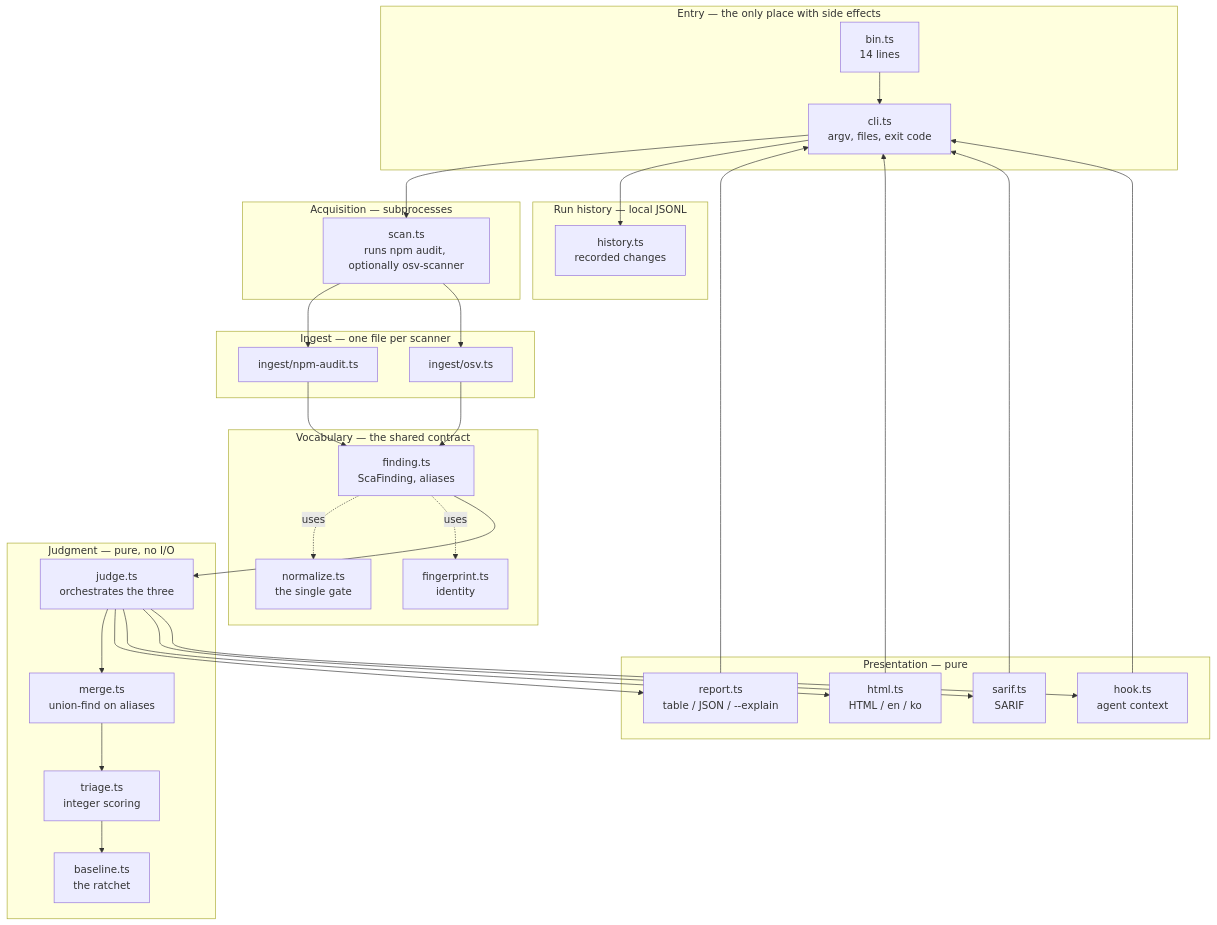
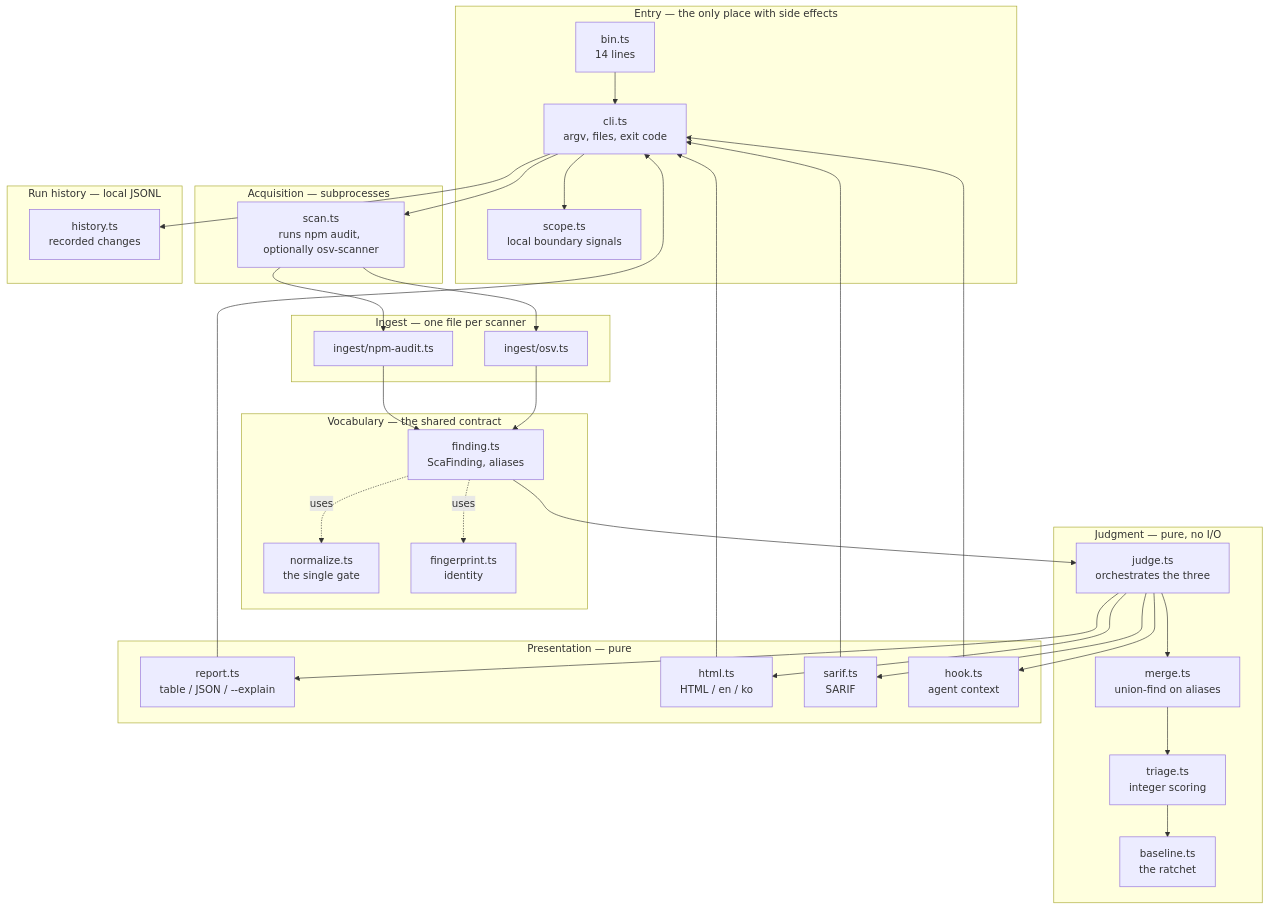
Before and after one commit to zero-shelter/zero-shelter: the first of 2 diagrams in docs/architecture.md, drawn with Mermaid. The commit also changed other lines of this file and 12 other files, not shown here.

First line of the commit message:
feat(scope): disclose the dependency-only boundary (#246)

````diff
--- a/docs/architecture.md
+++ b/docs/architecture.md
@@ -15,60 +15,62 @@
 ```mermaid
 flowchart TD
     subgraph entry["Entry — the only place with side effects"]
         bin["bin.ts<br/>14 lines"]
         cli["cli.ts<br/>argv, files, exit code"]
+        scope["scope.ts<br/>local boundary signals"]
     end
 
     subgraph acq["Acquisition — subprocesses"]
         scan["scan.ts<br/>runs npm audit, optionally osv-scanner"]
     end
 
     subgraph ingest["Ingest — one file per scanner"]
         npma["ingest/npm-audit.ts"]
         osv["ingest/osv.ts"]
     end
 
     subgraph vocab["Vocabulary — the shared contract"]
         finding["finding.ts<br/>ScaFinding, aliases"]
         norm["normalize.ts<br/>the single gate"]
         fp["fingerprint.ts<br/>identity"]
     end
 
     subgraph judgment["Judgment — pure, no I/O"]
         merge["merge.ts<br/>union-find on aliases"]
         triage["triage.ts<br/>integer scoring"]
         base["baseline.ts<br/>the ratchet"]
         judge["judge.ts<br/>orchestrates the three"]
     end
 
     subgraph present["Presentation — pure"]
         report["report.ts<br/>table / JSON / --explain"]
         html["html.ts<br/>HTML / en / ko"]
         sarif["sarif.ts<br/>SARIF"]
         hook["hook.ts<br/>agent context"]
     end
 
     subgraph history["Run history — local JSONL"]
         historyModel["history.ts<br/>recorded changes"]
     end
 
     bin --> cli
+    cli --> scope
     cli --> scan
     scan --> npma
     scan --> osv
     npma --> finding
     osv --> finding
     finding -.uses.-> norm
     finding -.uses.-> fp
     finding --> judge
     judge --> merge --> triage --> base
     judge --> report
     judge --> html
     judge --> sarif
     judge --> hook
     cli --> historyModel
     report --> cli
     html --> cli
     sarif --> cli
     hook --> cli
 ```
````
